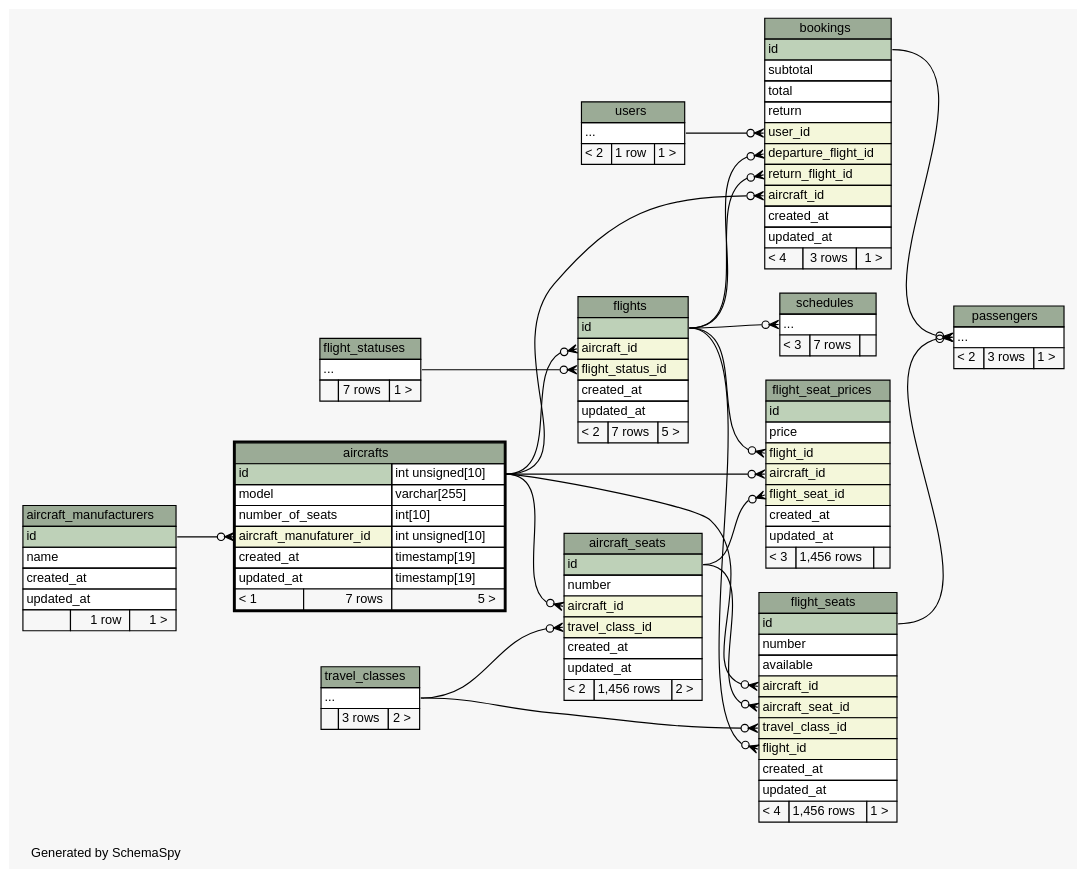
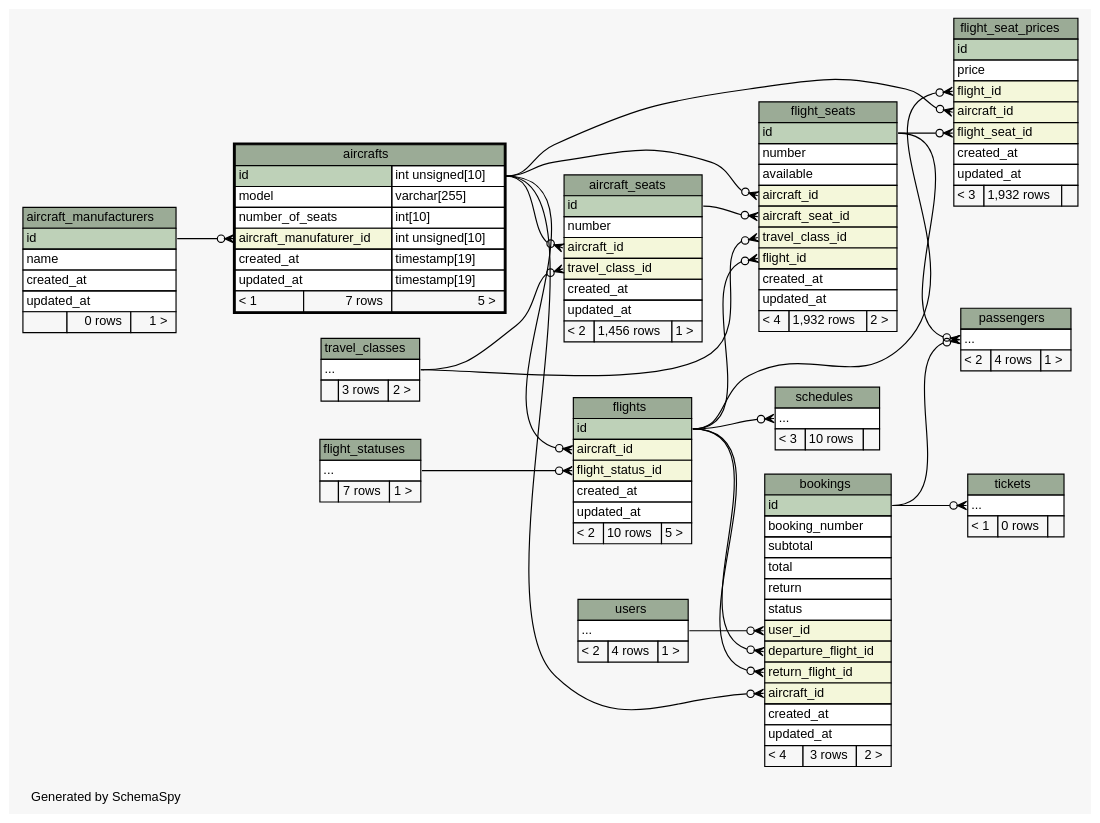
Before and after one commit to joaonzangoII/flightbookingsystem: the diagram in web/app/database/schema/diagrams/aircrafts.2degrees.dot, drawn with Graphviz. The commit also changed 441 other files, not shown here.

```diff
--- a/web/app/database/schema/diagrams/aircrafts.2degrees.dot
+++ b/web/app/database/schema/diagrams/aircrafts.2degrees.dot
@@ -1,4 +1,4 @@
-// dot 2.38.0 on Linux 4.8.0-49-generic
+// dot 2.38.0 on Linux 4.10.0-21-generic
 // SchemaSpy rev 590
 digraph "twoDegreesRelationshipsDiagram" {
   graph [
@@ -28,7 +28,7 @@
   "bookings":"user_id":w -> "users":"elipses":e [arrowhead=none dir=back arrowtail=crowodot];
   "flight_seat_prices":"aircraft_id":w -> "aircrafts":"id.type":e [arrowhead=none dir=back arrowtail=crowodot];
   "flight_seat_prices":"flight_id":w -> "flights":"id":e [arrowhead=none dir=back arrowtail=crowodot];
-  "flight_seat_prices":"flight_seat_id":w -> "aircraft_seats":"id":e [arrowhead=none dir=back arrowtail=crowodot];
+  "flight_seat_prices":"flight_seat_id":w -> "flight_seats":"id":e [arrowhead=none dir=back arrowtail=crowodot];
   "flight_seats":"aircraft_id":w -> "aircrafts":"id.type":e [arrowhead=none dir=back arrowtail=crowodot];
   "flight_seats":"aircraft_seat_id":w -> "aircraft_seats":"id":e [arrowhead=none dir=back arrowtail=crowodot];
   "flight_seats":"flight_id":w -> "flights":"id":e [arrowhead=none dir=back arrowtail=crowodot];
@@ -38,6 +38,7 @@
   "passengers":"elipses":w -> "bookings":"id":e [arrowhead=none dir=back arrowtail=crowodot];
   "passengers":"elipses":w -> "flight_seats":"id":e [arrowhead=none dir=back arrowtail=crowodot];
   "schedules":"elipses":w -> "flights":"id":e [arrowhead=none dir=back arrowtail=crowodot];
+  "tickets":"elipses":w -> "bookings":"id":e [arrowhead=none dir=back arrowtail=crowodot];
   "aircraft_manufacturers" [
     label=<
     <TABLE BORDER="0" CELLBORDER="1" CELLSPACING="0" BGCOLOR="#ffffff">
@@ -46,7 +47,7 @@
       <TR><TD PORT="name" COLSPAN="3" ALIGN="LEFT">name</TD></TR>
       <TR><TD PORT="created_at" COLSPAN="3" ALIGN="LEFT">created_at</TD></TR>
       <TR><TD PORT="updated_at" COLSPAN="3" ALIGN="LEFT">updated_at</TD></TR>
-      <TR><TD ALIGN="LEFT" BGCOLOR="#f7f7f7">  </TD><TD ALIGN="RIGHT" BGCOLOR="#f7f7f7">1 row</TD><TD ALIGN="RIGHT" BGCOLOR="#f7f7f7">1 &gt;</TD></TR>
+      <TR><TD ALIGN="LEFT" BGCOLOR="#f7f7f7">  </TD><TD ALIGN="RIGHT" BGCOLOR="#f7f7f7">0 rows</TD><TD ALIGN="RIGHT" BGCOLOR="#f7f7f7">1 &gt;</TD></TR>
     </TABLE>>
     URL="aircraft_manufacturers.html"
     tooltip="aircraft_manufacturers"
@@ -61,7 +62,7 @@
       <TR><TD PORT="travel_class_id" COLSPAN="3" BGCOLOR="#f4f7da" ALIGN="LEFT">travel_class_id</TD></TR>
       <TR><TD PORT="created_at" COLSPAN="3" ALIGN="LEFT">created_at</TD></TR>
       <TR><TD PORT="updated_at" COLSPAN="3" ALIGN="LEFT">updated_at</TD></TR>
-      <TR><TD ALIGN="LEFT" BGCOLOR="#f7f7f7">&lt; 2</TD><TD ALIGN="RIGHT" BGCOLOR="#f7f7f7">1,456 rows</TD><TD ALIGN="RIGHT" BGCOLOR="#f7f7f7">2 &gt;</TD></TR>
+      <TR><TD ALIGN="LEFT" BGCOLOR="#f7f7f7">&lt; 2</TD><TD ALIGN="RIGHT" BGCOLOR="#f7f7f7">1,456 rows</TD><TD ALIGN="RIGHT" BGCOLOR="#f7f7f7">1 &gt;</TD></TR>
     </TABLE>>
     URL="aircraft_seats.html"
     tooltip="aircraft_seats"
@@ -86,16 +87,18 @@
     <TABLE BORDER="0" CELLBORDER="1" CELLSPACING="0" BGCOLOR="#ffffff">
       <TR><TD COLSPAN="3" BGCOLOR="#9bab96" ALIGN="CENTER">bookings</TD></TR>
       <TR><TD PORT="id" COLSPAN="3" BGCOLOR="#bed1b8" ALIGN="LEFT">id</TD></TR>
+      <TR><TD PORT="booking_number" COLSPAN="3" ALIGN="LEFT">booking_number</TD></TR>
       <TR><TD PORT="subtotal" COLSPAN="3" ALIGN="LEFT">subtotal</TD></TR>
       <TR><TD PORT="total" COLSPAN="3" ALIGN="LEFT">total</TD></TR>
       <TR><TD PORT="return" COLSPAN="3" ALIGN="LEFT">return</TD></TR>
+      <TR><TD PORT="status" COLSPAN="3" ALIGN="LEFT">status</TD></TR>
       <TR><TD PORT="user_id" COLSPAN="3" BGCOLOR="#f4f7da" ALIGN="LEFT">user_id</TD></TR>
       <TR><TD PORT="departure_flight_id" COLSPAN="3" BGCOLOR="#f4f7da" ALIGN="LEFT">departure_flight_id</TD></TR>
       <TR><TD PORT="return_flight_id" COLSPAN="3" BGCOLOR="#f4f7da" ALIGN="LEFT">return_flight_id</TD></TR>
       <TR><TD PORT="aircraft_id" COLSPAN="3" BGCOLOR="#f4f7da" ALIGN="LEFT">aircraft_id</TD></TR>
       <TR><TD PORT="created_at" COLSPAN="3" ALIGN="LEFT">created_at</TD></TR>
       <TR><TD PORT="updated_at" COLSPAN="3" ALIGN="LEFT">updated_at</TD></TR>
-      <TR><TD ALIGN="LEFT" BGCOLOR="#f7f7f7">&lt; 4</TD><TD ALIGN="RIGHT" BGCOLOR="#f7f7f7">3 rows</TD><TD ALIGN="RIGHT" BGCOLOR="#f7f7f7">1 &gt;</TD></TR>
+      <TR><TD ALIGN="LEFT" BGCOLOR="#f7f7f7">&lt; 4</TD><TD ALIGN="RIGHT" BGCOLOR="#f7f7f7">3 rows</TD><TD ALIGN="RIGHT" BGCOLOR="#f7f7f7">2 &gt;</TD></TR>
     </TABLE>>
     URL="bookings.html"
     tooltip="bookings"
@@ -111,7 +114,7 @@
       <TR><TD PORT="flight_seat_id" COLSPAN="3" BGCOLOR="#f4f7da" ALIGN="LEFT">flight_seat_id</TD></TR>
       <TR><TD PORT="created_at" COLSPAN="3" ALIGN="LEFT">created_at</TD></TR>
       <TR><TD PORT="updated_at" COLSPAN="3" ALIGN="LEFT">updated_at</TD></TR>
-      <TR><TD ALIGN="LEFT" BGCOLOR="#f7f7f7">&lt; 3</TD><TD ALIGN="RIGHT" BGCOLOR="#f7f7f7">1,456 rows</TD><TD ALIGN="RIGHT" BGCOLOR="#f7f7f7">  </TD></TR>
+      <TR><TD ALIGN="LEFT" BGCOLOR="#f7f7f7">&lt; 3</TD><TD ALIGN="RIGHT" BGCOLOR="#f7f7f7">1,932 rows</TD><TD ALIGN="RIGHT" BGCOLOR="#f7f7f7">  </TD></TR>
     </TABLE>>
     URL="flight_seat_prices.html"
     tooltip="flight_seat_prices"
@@ -129,7 +132,7 @@
       <TR><TD PORT="flight_id" COLSPAN="3" BGCOLOR="#f4f7da" ALIGN="LEFT">flight_id</TD></TR>
       <TR><TD PORT="created_at" COLSPAN="3" ALIGN="LEFT">created_at</TD></TR>
       <TR><TD PORT="updated_at" COLSPAN="3" ALIGN="LEFT">updated_at</TD></TR>
-      <TR><TD ALIGN="LEFT" BGCOLOR="#f7f7f7">&lt; 4</TD><TD ALIGN="RIGHT" BGCOLOR="#f7f7f7">1,456 rows</TD><TD ALIGN="RIGHT" BGCOLOR="#f7f7f7">1 &gt;</TD></TR>
+      <TR><TD ALIGN="LEFT" BGCOLOR="#f7f7f7">&lt; 4</TD><TD ALIGN="RIGHT" BGCOLOR="#f7f7f7">1,932 rows</TD><TD ALIGN="RIGHT" BGCOLOR="#f7f7f7">2 &gt;</TD></TR>
     </TABLE>>
     URL="flight_seats.html"
     tooltip="flight_seats"
@@ -153,7 +156,7 @@
       <TR><TD PORT="flight_status_id" COLSPAN="3" BGCOLOR="#f4f7da" ALIGN="LEFT">flight_status_id</TD></TR>
       <TR><TD PORT="created_at" COLSPAN="3" ALIGN="LEFT">created_at</TD></TR>
       <TR><TD PORT="updated_at" COLSPAN="3" ALIGN="LEFT">updated_at</TD></TR>
-      <TR><TD ALIGN="LEFT" BGCOLOR="#f7f7f7">&lt; 2</TD><TD ALIGN="RIGHT" BGCOLOR="#f7f7f7">7 rows</TD><TD ALIGN="RIGHT" BGCOLOR="#f7f7f7">5 &gt;</TD></TR>
+      <TR><TD ALIGN="LEFT" BGCOLOR="#f7f7f7">&lt; 2</TD><TD ALIGN="RIGHT" BGCOLOR="#f7f7f7">10 rows</TD><TD ALIGN="RIGHT" BGCOLOR="#f7f7f7">5 &gt;</TD></TR>
     </TABLE>>
     URL="flights.html"
     tooltip="flights"
@@ -163,7 +166,7 @@
     <TABLE BORDER="0" CELLBORDER="1" CELLSPACING="0" BGCOLOR="#ffffff">
       <TR><TD COLSPAN="3" BGCOLOR="#9bab96" ALIGN="CENTER">passengers</TD></TR>
       <TR><TD PORT="elipses" COLSPAN="3" ALIGN="LEFT">...</TD></TR>
-      <TR><TD ALIGN="LEFT" BGCOLOR="#f7f7f7">&lt; 2</TD><TD ALIGN="RIGHT" BGCOLOR="#f7f7f7">3 rows</TD><TD ALIGN="RIGHT" BGCOLOR="#f7f7f7">1 &gt;</TD></TR>
+      <TR><TD ALIGN="LEFT" BGCOLOR="#f7f7f7">&lt; 2</TD><TD ALIGN="RIGHT" BGCOLOR="#f7f7f7">4 rows</TD><TD ALIGN="RIGHT" BGCOLOR="#f7f7f7">1 &gt;</TD></TR>
     </TABLE>>
     URL="passengers.html"
     tooltip="passengers"
@@ -173,10 +176,20 @@
     <TABLE BORDER="0" CELLBORDER="1" CELLSPACING="0" BGCOLOR="#ffffff">
       <TR><TD COLSPAN="3" BGCOLOR="#9bab96" ALIGN="CENTER">schedules</TD></TR>
       <TR><TD PORT="elipses" COLSPAN="3" ALIGN="LEFT">...</TD></TR>
-      <TR><TD ALIGN="LEFT" BGCOLOR="#f7f7f7">&lt; 3</TD><TD ALIGN="RIGHT" BGCOLOR="#f7f7f7">7 rows</TD><TD ALIGN="RIGHT" BGCOLOR="#f7f7f7">  </TD></TR>
+      <TR><TD ALIGN="LEFT" BGCOLOR="#f7f7f7">&lt; 3</TD><TD ALIGN="RIGHT" BGCOLOR="#f7f7f7">10 rows</TD><TD ALIGN="RIGHT" BGCOLOR="#f7f7f7">  </TD></TR>
     </TABLE>>
     URL="schedules.html"
     tooltip="schedules"
+  ];
+  "tickets" [
+    label=<
+    <TABLE BORDER="0" CELLBORDER="1" CELLSPACING="0" BGCOLOR="#ffffff">
+      <TR><TD COLSPAN="3" BGCOLOR="#9bab96" ALIGN="CENTER">tickets</TD></TR>
+      <TR><TD PORT="elipses" COLSPAN="3" ALIGN="LEFT">...</TD></TR>
+      <TR><TD ALIGN="LEFT" BGCOLOR="#f7f7f7">&lt; 1</TD><TD ALIGN="RIGHT" BGCOLOR="#f7f7f7">0 rows</TD><TD ALIGN="RIGHT" BGCOLOR="#f7f7f7">  </TD></TR>
+    </TABLE>>
+    URL="tickets.html"
+    tooltip="tickets"
   ];
   "travel_classes" [
     label=<
@@ -193,7 +206,7 @@
     <TABLE BORDER="0" CELLBORDER="1" CELLSPACING="0" BGCOLOR="#ffffff">
       <TR><TD COLSPAN="3" BGCOLOR="#9bab96" ALIGN="CENTER">users</TD></TR>
       <TR><TD PORT="elipses" COLSPAN="3" ALIGN="LEFT">...</TD></TR>
-      <TR><TD ALIGN="LEFT" BGCOLOR="#f7f7f7">&lt; 2</TD><TD ALIGN="RIGHT" BGCOLOR="#f7f7f7">1 row</TD><TD ALIGN="RIGHT" BGCOLOR="#f7f7f7">1 &gt;</TD></TR>
+      <TR><TD ALIGN="LEFT" BGCOLOR="#f7f7f7">&lt; 2</TD><TD ALIGN="RIGHT" BGCOLOR="#f7f7f7">4 rows</TD><TD ALIGN="RIGHT" BGCOLOR="#f7f7f7">1 &gt;</TD></TR>
     </TABLE>>
     URL="users.html"
     tooltip="users"
```
